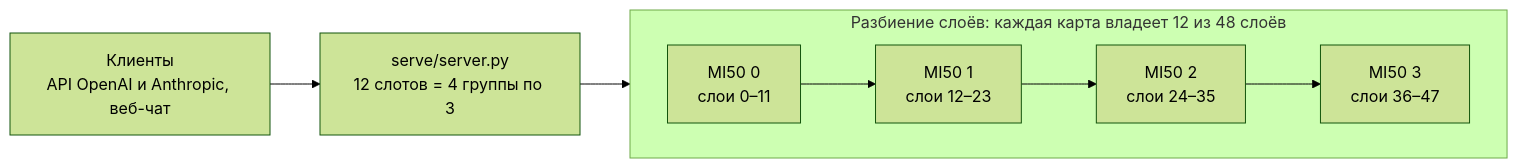
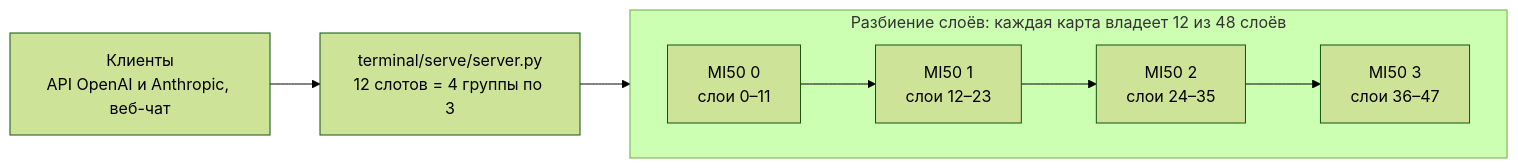
The first of 2 diagrams in README.ru.md (VlDubr/strata-mi50), drawn with Mermaid (forest theme) before and after one commit. The commit also changed other lines of this file and 11 other files, not shown here.

````diff
--- a/README.ru.md
+++ b/README.ru.md
@@ -109,9 +106,9 @@
 ```mermaid
 flowchart LR
-    clients["Клиенты<br/>API OpenAI и Anthropic, веб-чат"] --> server["serve/server.py<br/>12 слотов = 4 группы по 3"]
+    clients["Клиенты<br/>API OpenAI и Anthropic, веб-чат"] --> server["terminal/serve/server.py<br/>12 слотов = 4 группы по 3"]
     server --> g0
     subgraph split["Разбиение слоёв: каждая карта владеет 12 из 48 слоёв"]
         direction LR
         g0["MI50 0<br/>слои 0–11"] --> g1["MI50 1<br/>слои 12–23"] --> g2["MI50 2<br/>слои 24–35"] --> g3["MI50 3<br/>слои 36–47"]
     end
 ```
````
